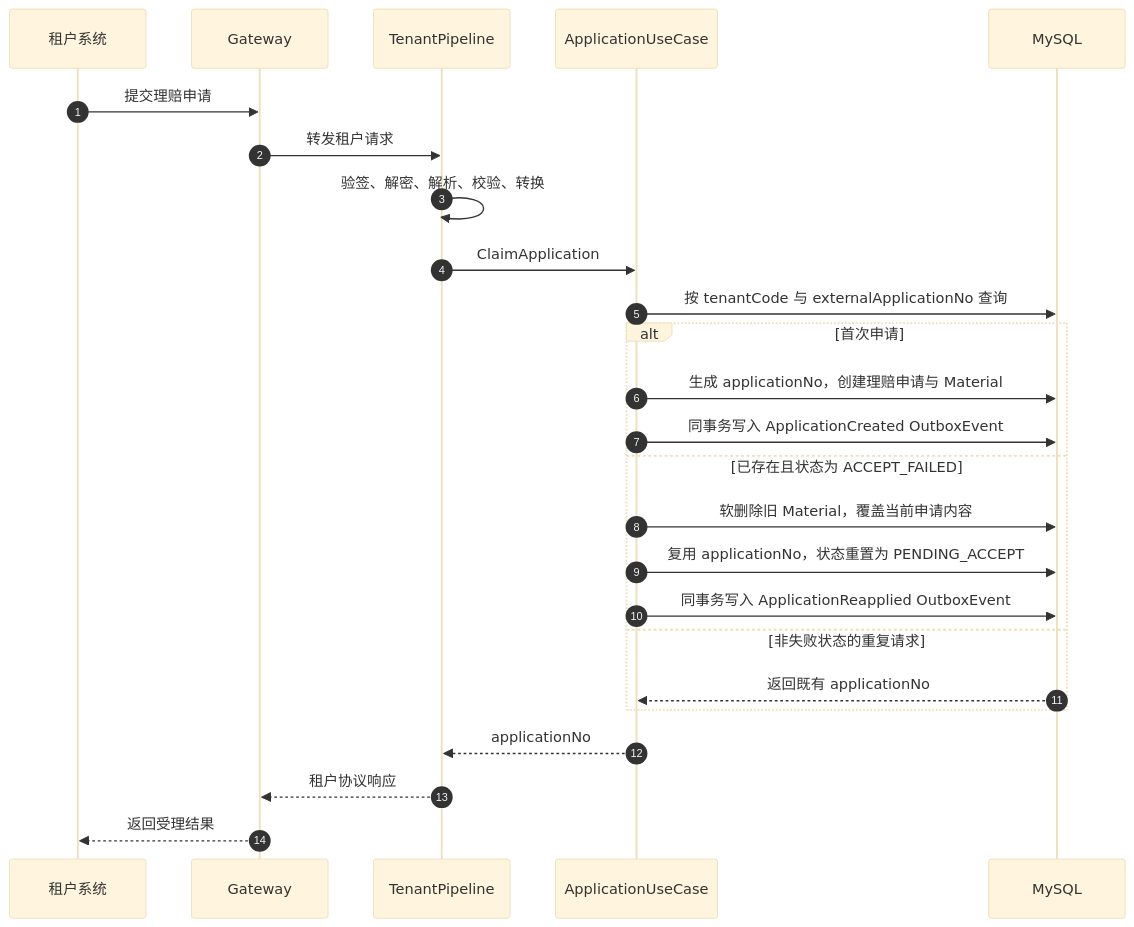
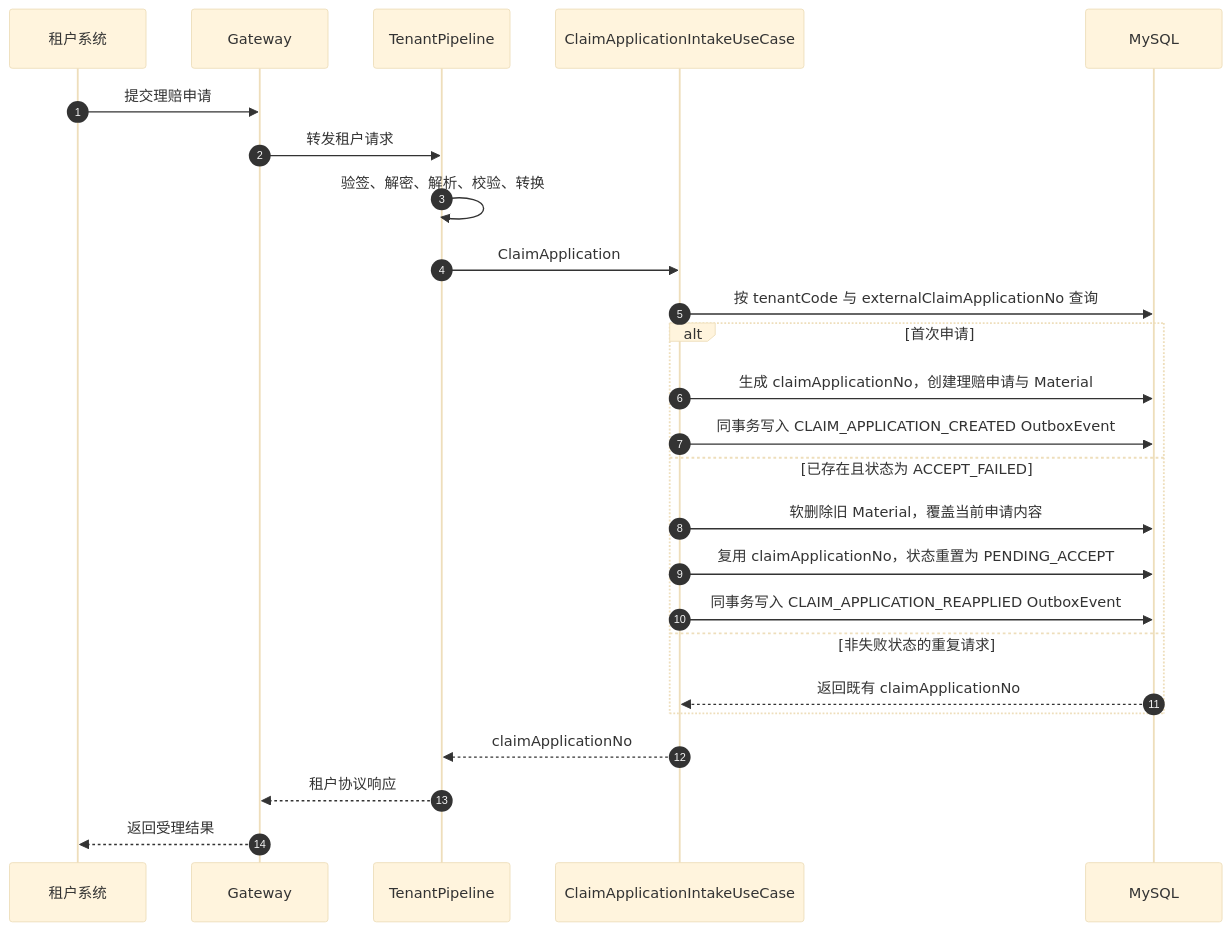
Before and after one commit to wangguangwu/claim-integration-platform: the fifth of 10 diagrams in docs/architecture/claim-application-architecture.md, drawn with Mermaid (base theme). The commit also changed other lines of this file and 110 other files, not shown here.

First line of the commit message:
理赔申请命名全链路收敛到 claimApplication，消除与 DDD 应用层词汇的歧义

````diff
--- a/docs/architecture/claim-application-architecture.md
+++ b/docs/architecture/claim-application-architecture.md
@@ -263,30 +263,30 @@
 ```mermaid
 sequenceDiagram
     autonumber
     participant T as 租户系统
     participant G as Gateway
     participant A as TenantPipeline
-    participant U as ApplicationUseCase
+    participant U as ClaimApplicationIntakeUseCase
     participant DB as MySQL
 
     T->>G: 提交理赔申请
     G->>A: 转发租户请求
     A->>A: 验签、解密、解析、校验、转换
     A->>U: ClaimApplication
-    U->>DB: 按 tenantCode 与 externalApplicationNo 查询
+    U->>DB: 按 tenantCode 与 externalClaimApplicationNo 查询
 
     alt 首次申请
-        U->>DB: 生成 applicationNo，创建理赔申请与 Material
-        U->>DB: 同事务写入 ApplicationCreated OutboxEvent
+        U->>DB: 生成 claimApplicationNo，创建理赔申请与 Material
+        U->>DB: 同事务写入 CLAIM_APPLICATION_CREATED OutboxEvent
     else 已存在且状态为 ACCEPT_FAILED
         U->>DB: 软删除旧 Material，覆盖当前申请内容
-        U->>DB: 复用 applicationNo，状态重置为 PENDING_ACCEPT
-        U->>DB: 同事务写入 ApplicationReapplied OutboxEvent
+        U->>DB: 复用 claimApplicationNo，状态重置为 PENDING_ACCEPT
+        U->>DB: 同事务写入 CLAIM_APPLICATION_REAPPLIED OutboxEvent
     else 非失败状态的重复请求
-        DB-->>U: 返回既有 applicationNo
+        DB-->>U: 返回既有 claimApplicationNo
     end
 
-    U-->>A: applicationNo
+    U-->>A: claimApplicationNo
     A-->>G: 租户协议响应
     G-->>T: 返回受理结果
 ```
````
